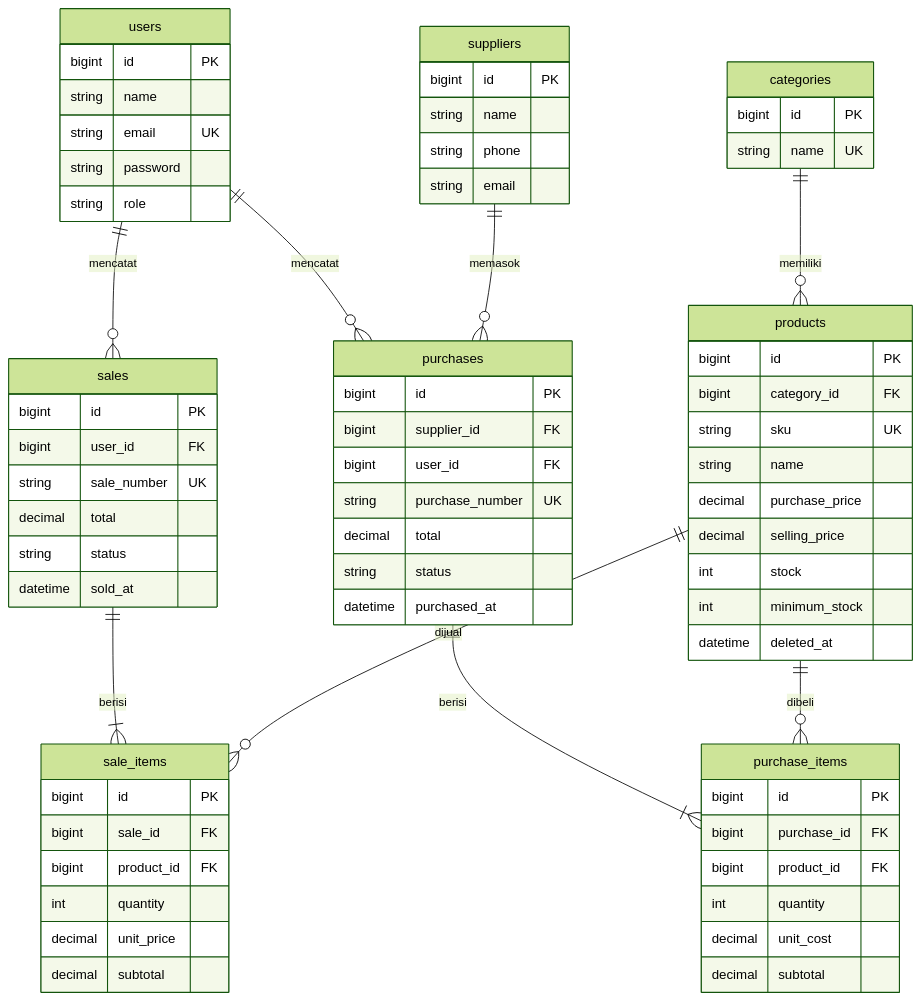
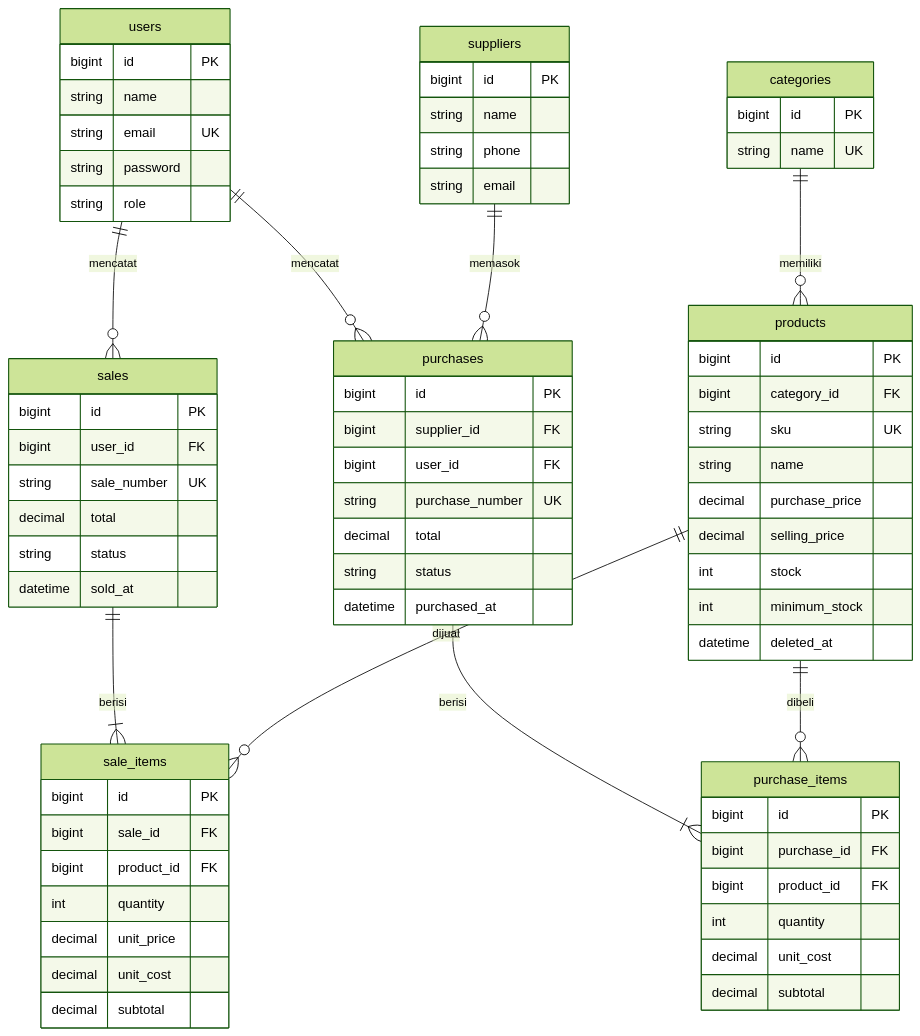
The diagram in README.md (sayedkaysan11/mbacco-inventory-sales), drawn with Mermaid (forest theme) before and after one commit. The commit also changed other lines of this file and 17 other files, not shown here.

````diff
--- a/README.md
+++ b/README.md
@@ -81,56 +81,57 @@
 ```mermaid
 erDiagram
     users ||--o{ sales : "mencatat"
     users ||--o{ purchases : "mencatat"
     categories ||--o{ products : "memiliki"
     suppliers ||--o{ purchases : "memasok"
     purchases ||--|{ purchase_items : "berisi"
     sales ||--|{ sale_items : "berisi"
     products ||--o{ purchase_items : "dibeli"
     products ||--o{ sale_items : "dijual"
     users { bigint id PK
         string name
         string email UK
         string password
         string role }
     categories { bigint id PK
         string name UK }
     suppliers { bigint id PK
         string name
         string phone
         string email }
     products { bigint id PK
         bigint category_id FK
         string sku UK
         string name
         decimal purchase_price
         decimal selling_price
         int stock
         int minimum_stock
         datetime deleted_at }
     purchases { bigint id PK
         bigint supplier_id FK
         bigint user_id FK
         string purchase_number UK
         decimal total
         string status
         datetime purchased_at }
     purchase_items { bigint id PK
         bigint purchase_id FK
         bigint product_id FK
         int quantity
         decimal unit_cost
         decimal subtotal }
     sales { bigint id PK
         bigint user_id FK
         string sale_number UK
         decimal total
         string status
         datetime sold_at }
     sale_items { bigint id PK
         bigint sale_id FK
         bigint product_id FK
         int quantity
         decimal unit_price
+        decimal unit_cost
         decimal subtotal }
 ```
````
